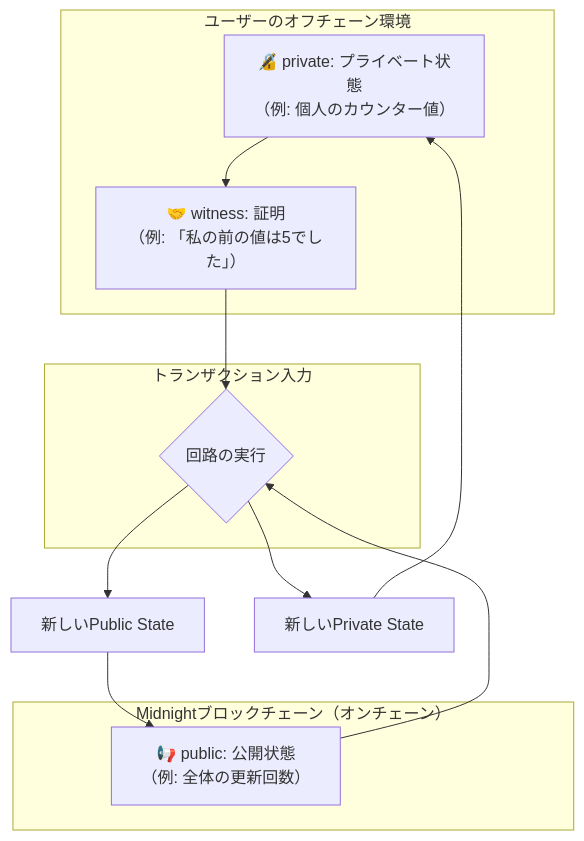
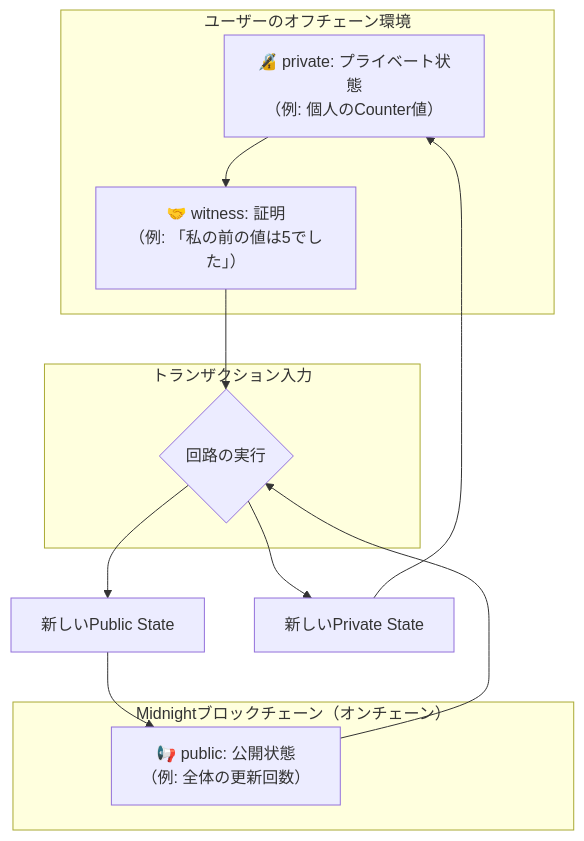
One commit to mashharuki/zenn-docs changed the diagram in articles/cardano_midnight_1.md. Above: the diagram before and after it, drawn with Mermaid. The commit also changed other lines of this file and 1 other file, not shown here.

````diff
--- a/articles/cardano_midnight_1.md
+++ b/articles/cardano_midnight_1.md
@@ -83,16 +83,16 @@
 ```mermaid
 graph TD
     subgraph "ユーザーのオフチェーン環境"
-        A[🔏 private: プライベート状態<br>（例: 個人のカウンター値）] --> B;
+        A[🔏 private: プライベート状態<br>（例: 個人のCounter値）] --> B;
     end
     subgraph "トランザクション入力"
         B[🤝 witness: 証明<br>（例: 「私の前の値は5でした」）] --> C{回路の実行};
     end
     subgraph "Midnightブロックチェーン（オンチェーン）"
          D[📢 public: 公開状態<br>（例: 全体の更新回数）] --> C;
     end
     C --> E[新しいPublic State];
     C --> F[新しいPrivate State];
     E --> D;
     F --> A;
 ```
````
